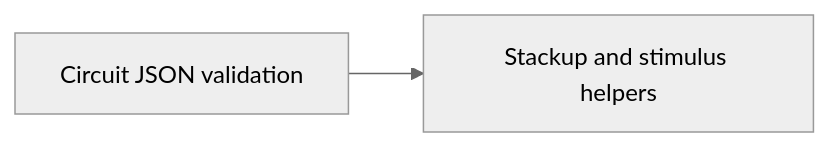
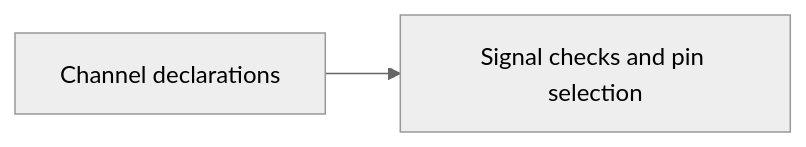
The first of 2 diagrams in README.md (ShiboSoftwareDev/signal-integrity-pipeline), drawn with Mermaid (neutral theme) before and after one commit. The commit also changed other lines of this file and 29 other files, not shown here.

First line of the commit message:
feat: read transient channel simulations from Circuit JSON

````diff
--- a/README.md
+++ b/README.md
@@ -11,4 +12,4 @@
 ```mermaid
 flowchart LR
-  input["Circuit JSON validation"] --> result["Stackup and stimulus helpers"]
+  input["Channel declarations"] --> result["Signal checks and pin selection"]
 ```
````
